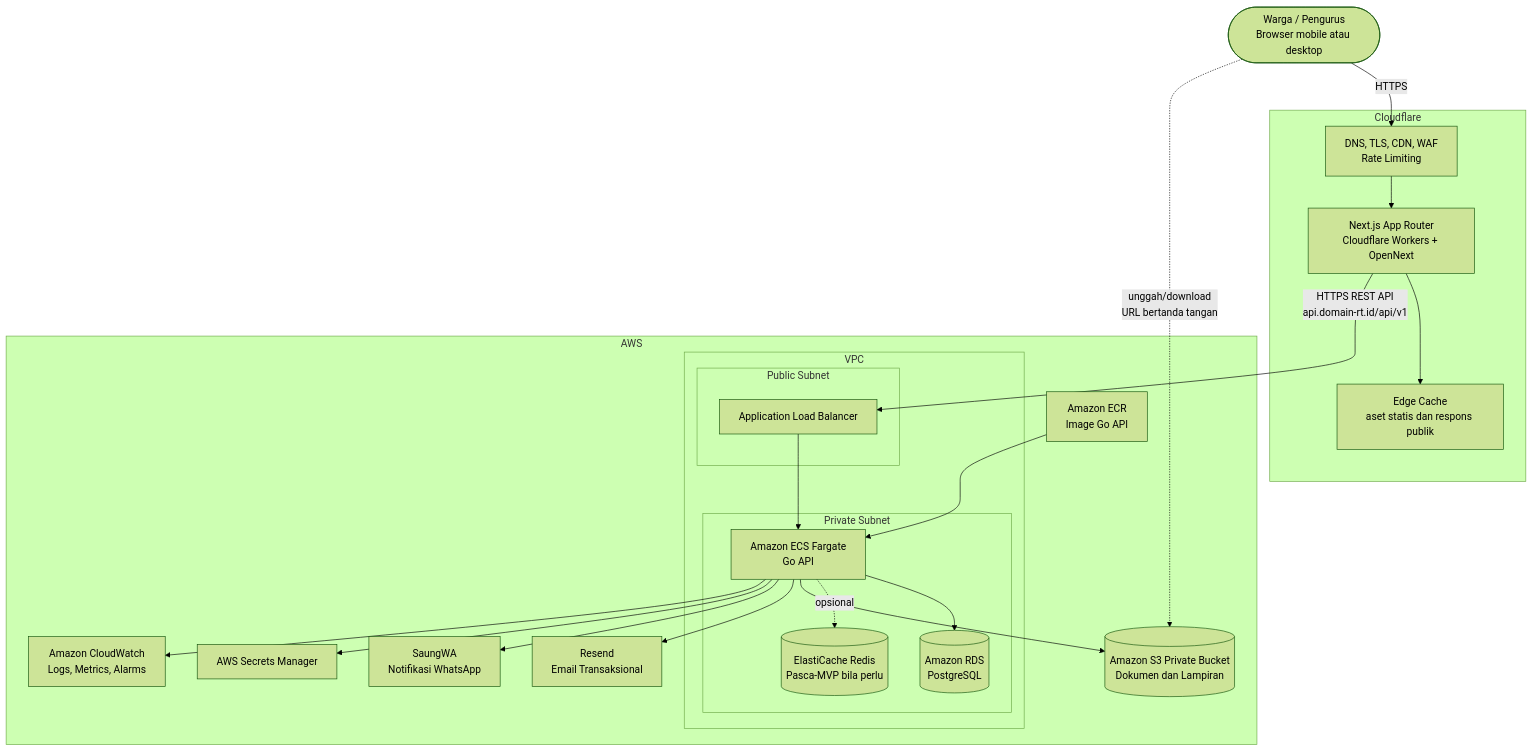
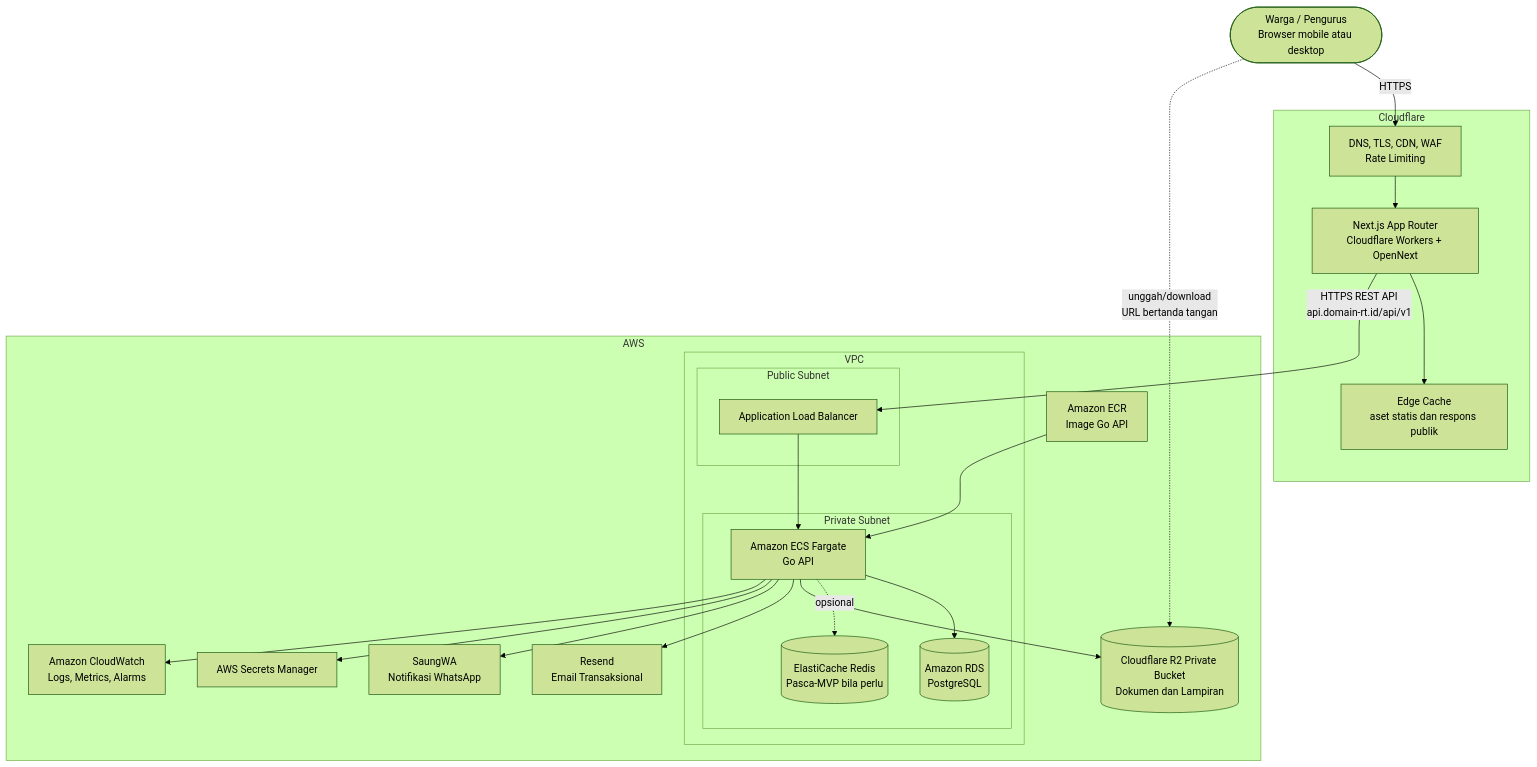
One commit to maspriyambodo/rtdigital changed the first of 2 diagrams in SYSTEM_ARCHITECTURE.md. Above: the diagram before and after it, drawn with Mermaid (forest theme). The commit also changed other lines of this file and 11 other files, not shown here.

````diff
--- a/SYSTEM_ARCHITECTURE.md
+++ b/SYSTEM_ARCHITECTURE.md
@@ -25,49 +25,49 @@
 ```mermaid
 flowchart TD
     User([Warga / Pengurus<br/>Browser mobile atau desktop]) -->|HTTPS| CF
 
     subgraph Cloudflare["Cloudflare"]
         CF[DNS, TLS, CDN, WAF<br/>Rate Limiting]
         WEB[Next.js App Router<br/>Cloudflare Workers + OpenNext]
         CACHE[Edge Cache<br/>aset statis dan respons publik]
         CF --> WEB
         WEB --> CACHE
     end
 
     WEB -->|HTTPS REST API<br/>api.domain-rt.id/api/v1| ALB
 
     subgraph AWS["AWS"]
         ALB[Application Load Balancer]
 
         subgraph VPC["VPC"]
             subgraph PublicSubnet["Public Subnet"]
                 ALB
             end
 
             subgraph PrivateSubnet["Private Subnet"]
                 ECS[Amazon ECS Fargate<br/>Go API]
                 RDS[(Amazon RDS<br/>PostgreSQL)]
                 Redis[(ElastiCache Redis<br/>Pasca-MVP bila perlu)]
             end
         end
 
-        S3[(Amazon S3 Private Bucket<br/>Dokumen dan Lampiran)]
+        R2[(Cloudflare R2 Private Bucket<br/>Dokumen dan Lampiran)]
         RESEND[Resend<br/>Email Transaksional]
         SAUNGWA[SaungWA<br/>Notifikasi WhatsApp]
         SM[AWS Secrets Manager]
         CW[Amazon CloudWatch<br/>Logs, Metrics, Alarms]
         ECR[Amazon ECR<br/>Image Go API]
     end
 
     ALB --> ECS
     ECS --> RDS
     ECS -.opsional.-> Redis
-    ECS --> S3
+    ECS --> R2
     ECS --> RESEND
     ECS --> SAUNGWA
     ECS --> SM
     ECS --> CW
     ECR --> ECS
 
-    User -.unggah/download<br/>URL bertanda tangan.-> S3
+    User -.unggah/download<br/>URL bertanda tangan.-> R2
 ```
````
